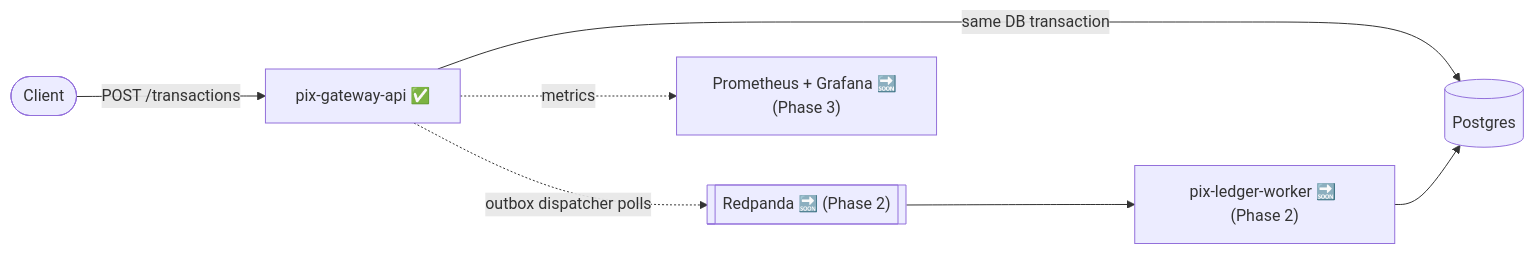
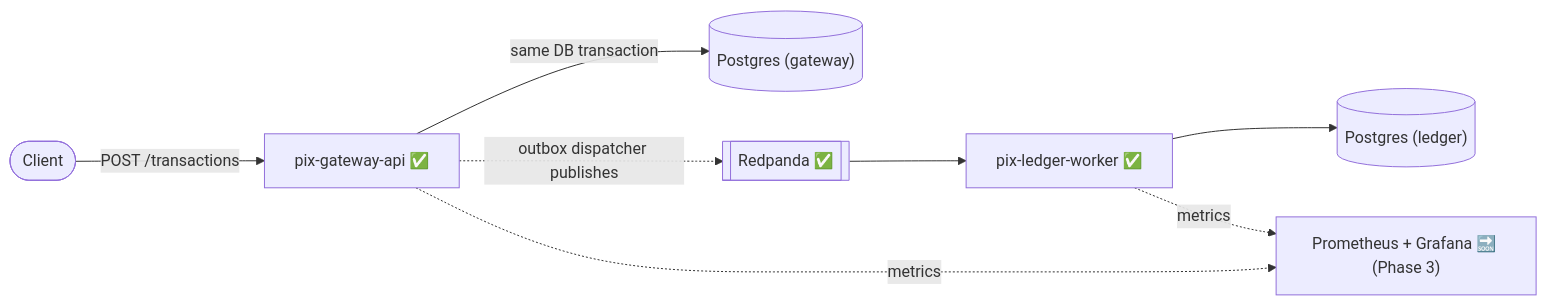
Before and after one commit to leon-lourenco/pix-payment-gateway: the diagram in README.md, drawn with Mermaid. The commit also changed other lines of this file and 5 other files, not shown here.

````diff
--- a/README.md
+++ b/README.md
@@ -22,9 +22,10 @@
 ```mermaid
 flowchart LR
     Client(["Client"]) -->|"POST /transactions"| GW["pix-gateway-api ✅"]
-    GW -->|"same DB transaction"| DB[("Postgres")]
-    GW -.->|"outbox dispatcher polls"| MQ[["Redpanda 🔜 (Phase 2)"]]
-    MQ --> LW["pix-ledger-worker 🔜 (Phase 2)"]
-    LW --> DB
+    GW -->|"same DB transaction"| GWDB[("Postgres (gateway)")]
+    GW -.->|"outbox dispatcher publishes"| MQ[["Redpanda ✅"]]
+    MQ --> LW["pix-ledger-worker ✅"]
+    LW --> LWDB[("Postgres (ledger)")]
     GW -.->|"metrics"| OBS["Prometheus + Grafana 🔜 (Phase 3)"]
+    LW -.->|"metrics"| OBS
 ```
````
